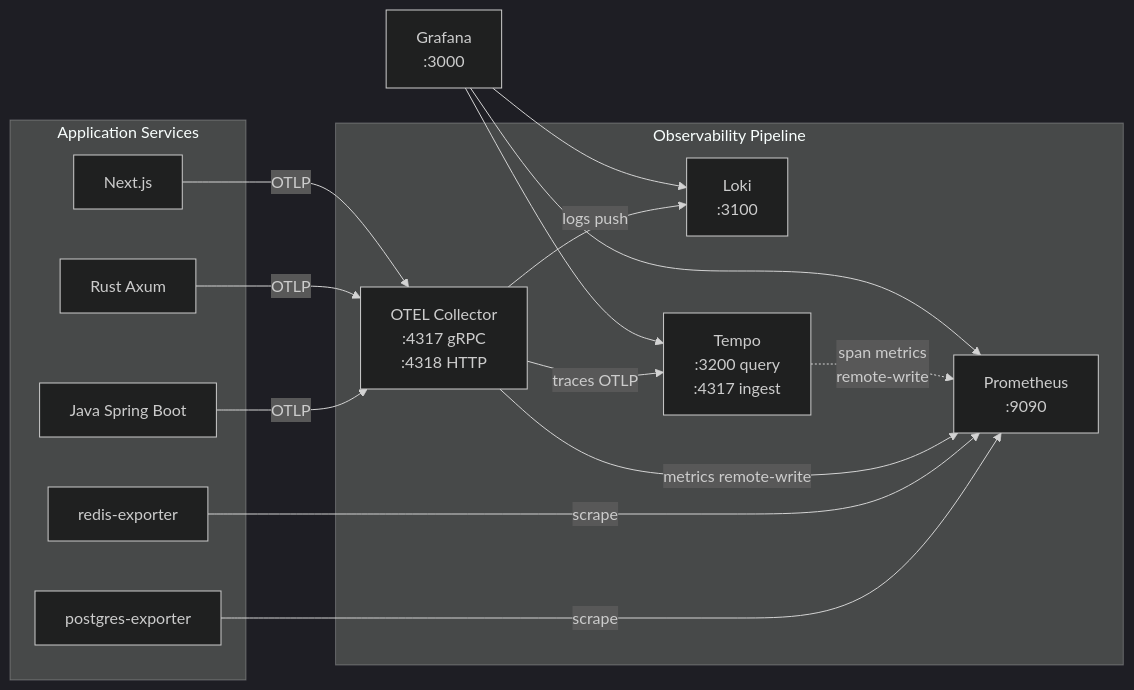
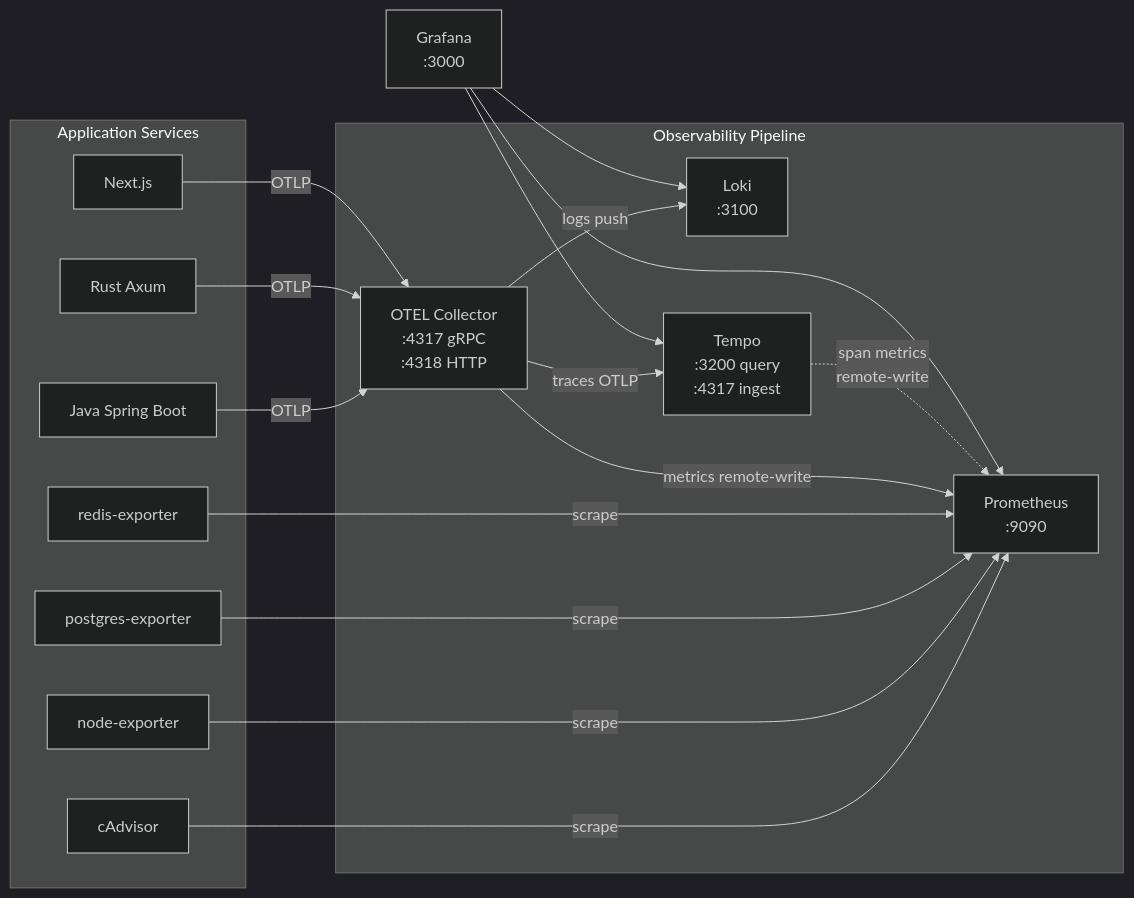
Before and after one commit to advprog-2026-A14-project/yomu-docs: the first of 3 diagrams in content/docs/deployment/observability.mdx, drawn with Mermaid (dark theme). The commit also changed other lines of this file and 10 other files, not shown here.

````diff
--- a/content/docs/deployment/observability.mdx
+++ b/content/docs/deployment/observability.mdx
@@ -10,34 +10,38 @@
 ```mermaid
 flowchart LR
     subgraph Applications["Application Services"]
         Java["Java Spring Boot"]
         Rust["Rust Axum"]
         Frontend["Next.js"]
+        CAdvisor["cAdvisor"]
+        NodeExp["node-exporter"]
         PgExp["postgres-exporter"]
         RdExp["redis-exporter"]
     end
 
     subgraph Pipeline["Observability Pipeline"]
         OTel["OTEL Collector\n:4317 gRPC\n:4318 HTTP"]
         Prom["Prometheus\n:9090"]
         Loki["Loki\n:3100"]
         Tempo["Tempo\n:3200 query\n:4317 ingest"]
     end
 
     Graf["Grafana\n:3000"]
 
     Java -->|OTLP| OTel
     Rust -->|OTLP| OTel
     Frontend -->|OTLP| OTel
+    CAdvisor -->|scrape| Prom
+    NodeExp -->|scrape| Prom
     PgExp -->|scrape| Prom
     RdExp -->|scrape| Prom
 
     OTel -->|"metrics remote-write"| Prom
     OTel -->|"logs push"| Loki
     OTel -->|"traces OTLP"| Tempo
     Tempo -.->|"span metrics\nremote-write"| Prom
 
     Graf --> Prom
     Graf --> Loki
     Graf --> Tempo
 ```
````
